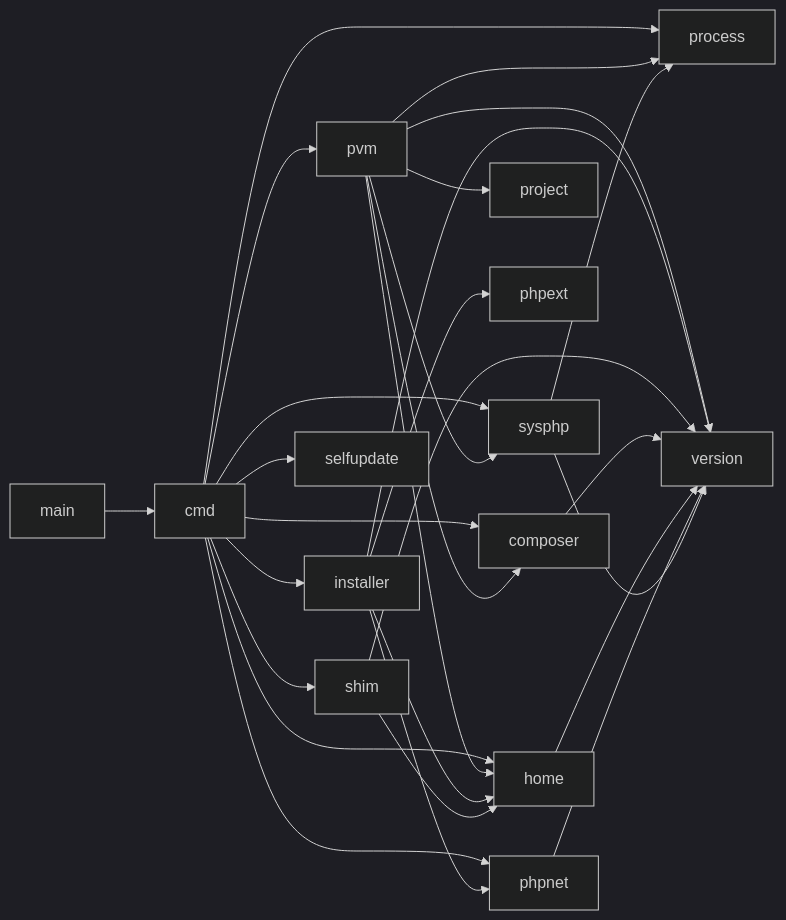
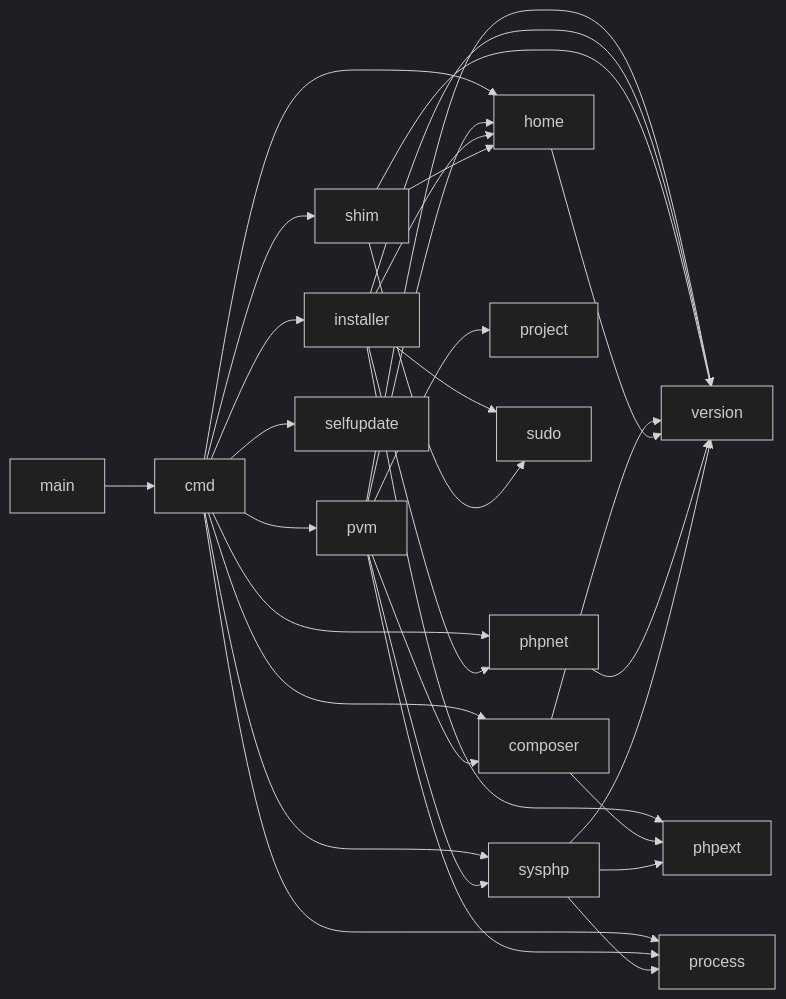
The diagram in docs/architecture.md (rejmann/pvm), drawn with Mermaid (dark theme) before and after one commit. The commit also changed other lines of this file and 29 other files, not shown here.

````diff
--- a/docs/architecture.md
+++ b/docs/architecture.md
@@ -64,11 +68,12 @@
 ```mermaid
 flowchart LR
     main --> cmd
     cmd --> pvm
     cmd --> installer & shim & composer & process & sysphp & phpnet & selfupdate & home
     pvm --> home & composer & process & project & sysphp & version
-    installer --> home & phpext & phpnet & version
-    shim --> home & version
+    installer --> home & phpext & phpnet & sudo & version
+    shim --> home & sudo & version
     composer & home & phpnet & sysphp --> version
+    composer & sysphp --> phpext
     sysphp --> process
 ```
````
